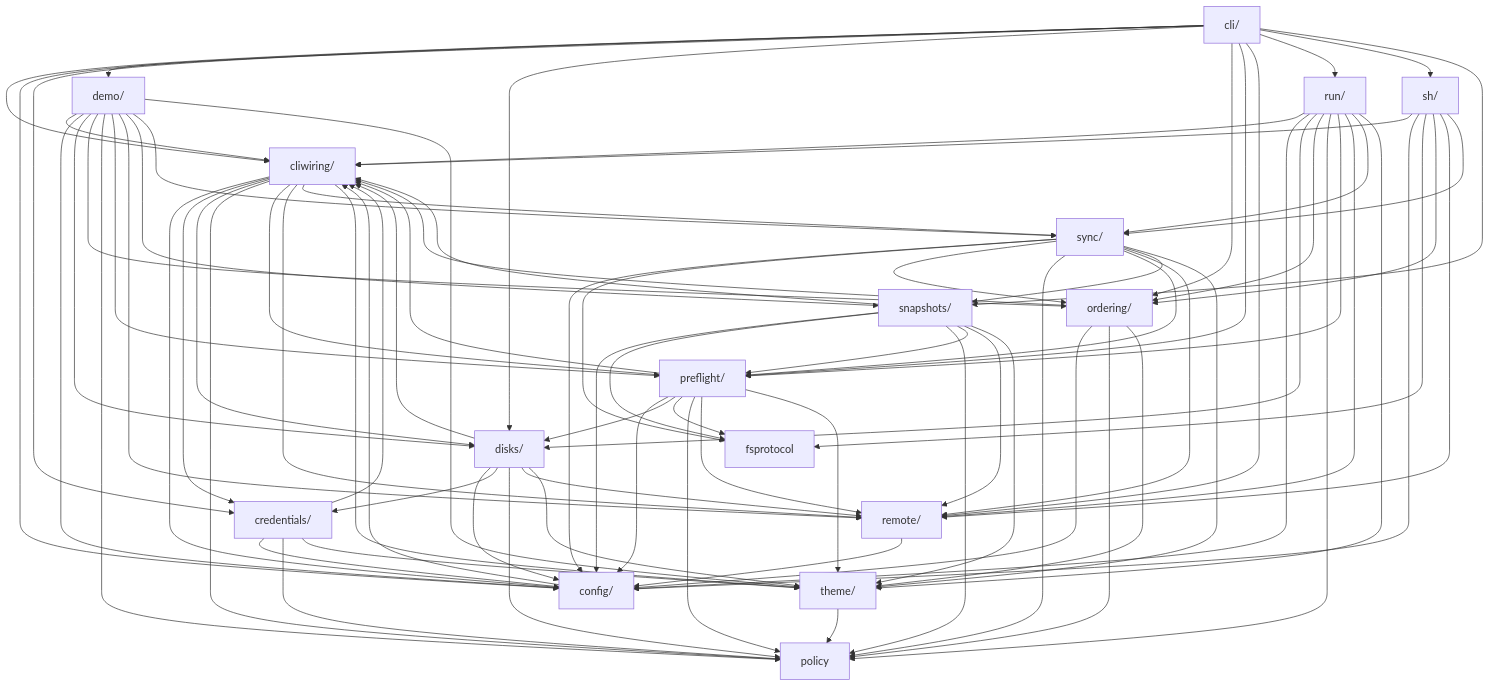
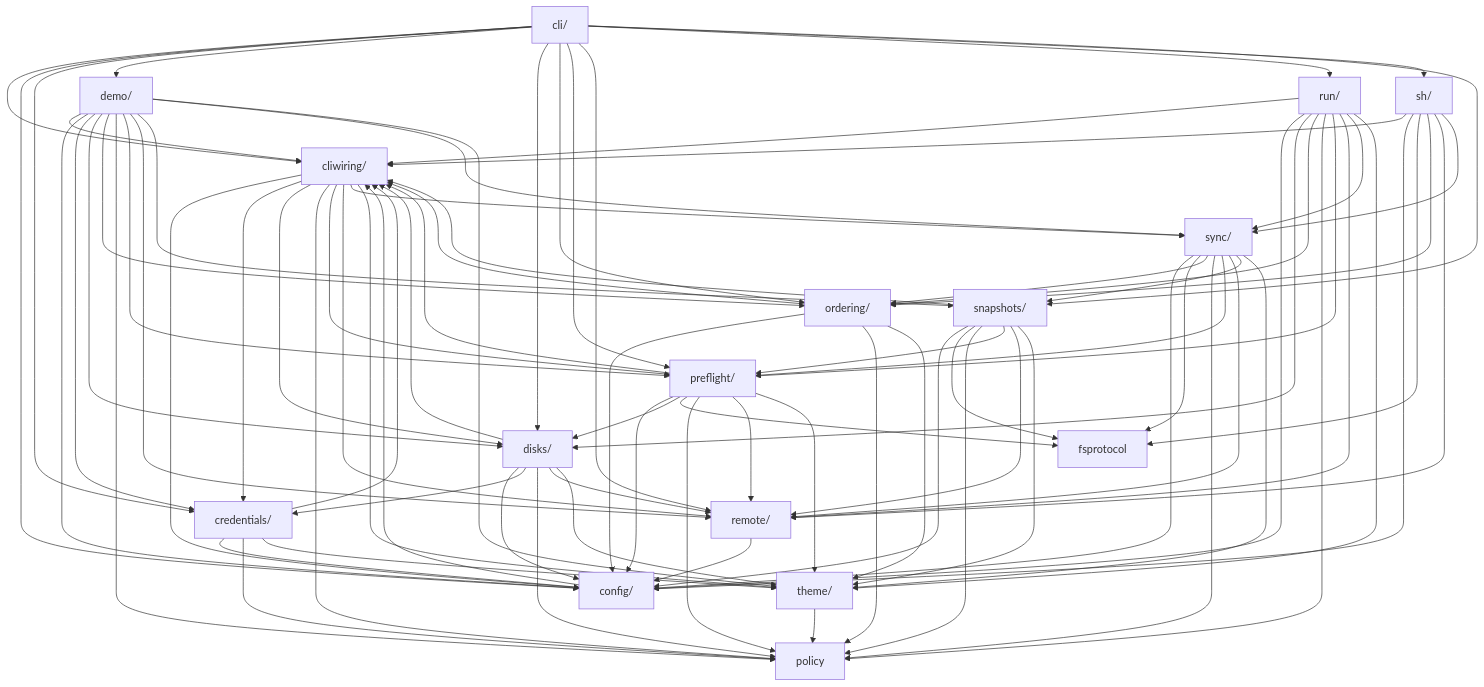
One commit to iglootools/nbkp changed the diagram in docs/architecture.md. Above: the diagram before and after it, drawn with Mermaid. The commit also changed 6 other files, not shown here.

```diff
--- a/docs/architecture.md
+++ b/docs/architecture.md
@@ -147,6 +147,7 @@
     credentials --> theme
     demo --> cliwiring
     demo --> config
+    demo --> credentials
     demo --> disks
     demo --> ordering
     demo --> policy
```
